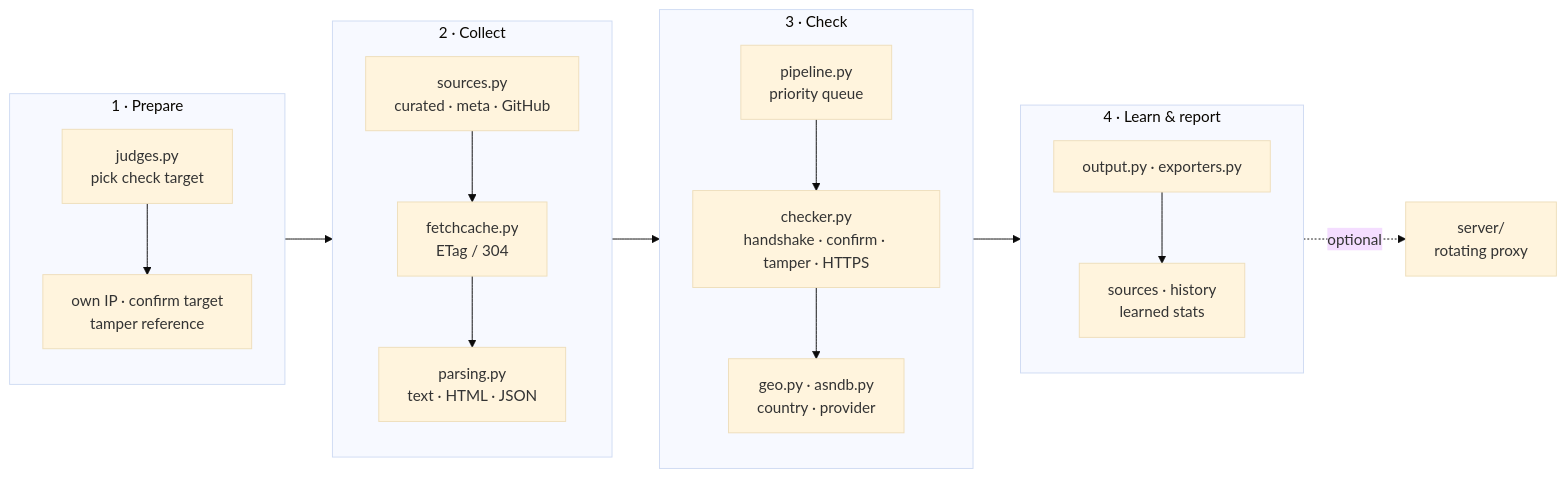
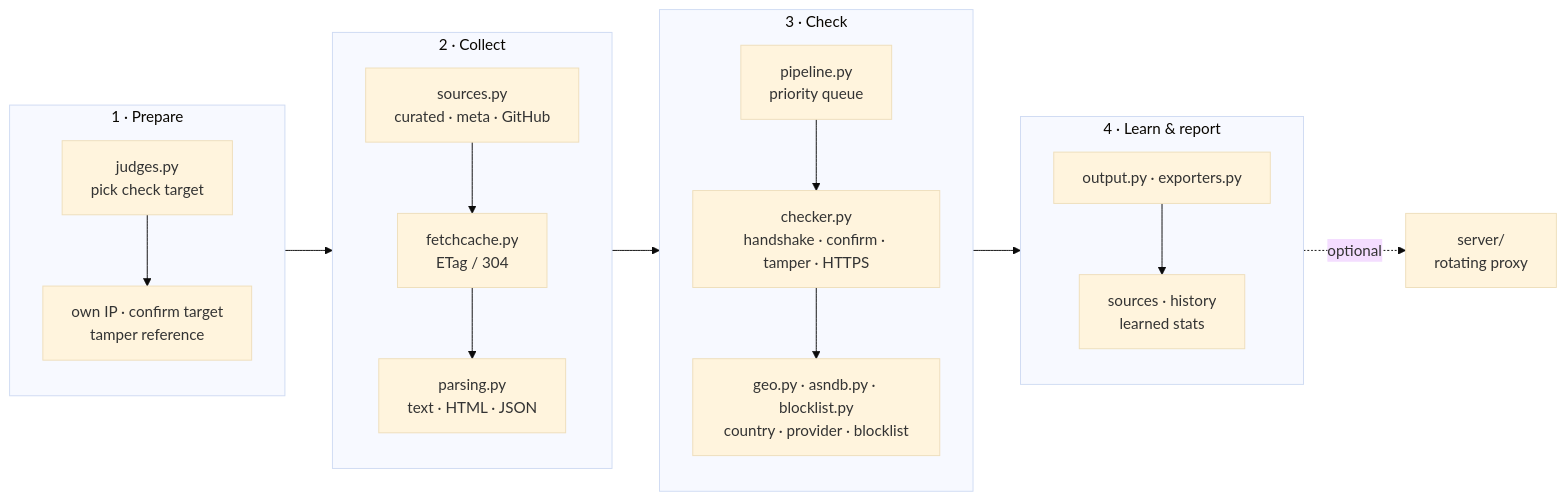
One commit to maximilianfeix/proxy-scraper changed the first of 4 diagrams in docs/ARCHITECTURE.md. Above: the diagram before and after it, drawn with Mermaid (base theme). The commit also changed other lines of this file and 1 other file, not shown here.

Commit message:
Architecture doc: blocklist, site, bot, failure kinds; one dependabot pip entry (#99)

````diff
--- a/docs/ARCHITECTURE.md
+++ b/docs/ARCHITECTURE.md
@@ -9,19 +9,19 @@
 ```mermaid
 flowchart LR
     subgraph prepare["1 · Prepare"]
         J[judges.py<br/>pick check target] --> N[own IP · confirm target<br/>tamper reference]
     end
     subgraph collect["2 · Collect"]
         S[sources.py<br/>curated · meta · GitHub] --> F[fetchcache.py<br/>ETag / 304]
         F --> P[parsing.py<br/>text · HTML · JSON]
     end
     subgraph check["3 · Check"]
         Q[pipeline.py<br/>priority queue] --> C[checker.py<br/>handshake · confirm · tamper · HTTPS]
-        C --> G[geo.py · asndb.py<br/>country · provider]
+        C --> G[geo.py · asndb.py · blocklist.py<br/>country · provider · blocklist]
     end
     subgraph finish["4 · Learn & report"]
         O[output.py · exporters.py] --> L[sources · history<br/>learned stats]
     end
     prepare --> collect --> check --> finish
     finish -. optional .-> SV[server/<br/>rotating proxy]
 ```
````
